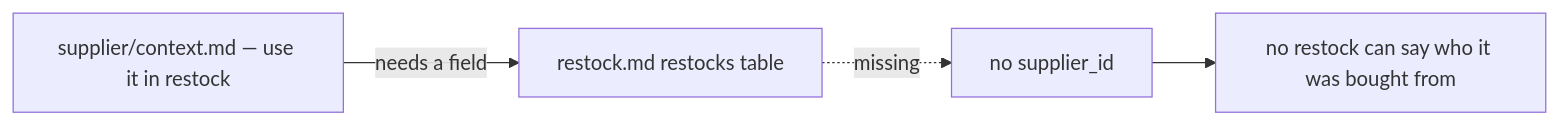
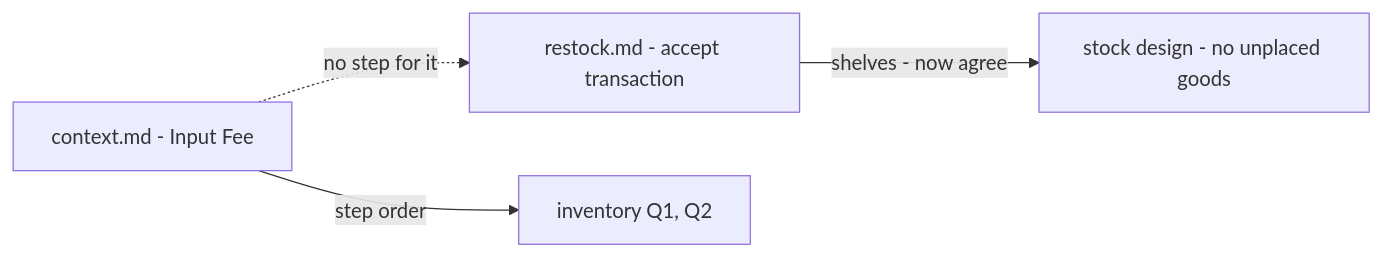
One commit to pdcgo/warehouse_revamp changed the fifth of 7 diagrams in docs/business/inventory/restock_clarify.md. Above: the diagram before and after it, drawn with Mermaid. The commit also changed other lines of this file and 213 other files, not shown here.

````diff
--- a/docs/business/inventory/restock_clarify.md
+++ b/docs/business/inventory/restock_clarify.md
@@ -68,6 +300,6 @@
 ```mermaid
 flowchart LR
-  SUP["supplier/context.md — use it in restock"] -->|"needs a field"| R["restock.md restocks table"]
-  R -.->|"missing"| X["no supplier_id"]
-  X --> REP["no restock can say who it was bought from"]
+  R["restock.md - accept transaction"] -->|"shelves - now agree"| S["stock design - no unplaced goods"]
+  C["context.md - Input Fee"] -.->|"no step for it"| R
+  C -->|"step order"| Q["inventory Q1, Q2"]
 ```
````
